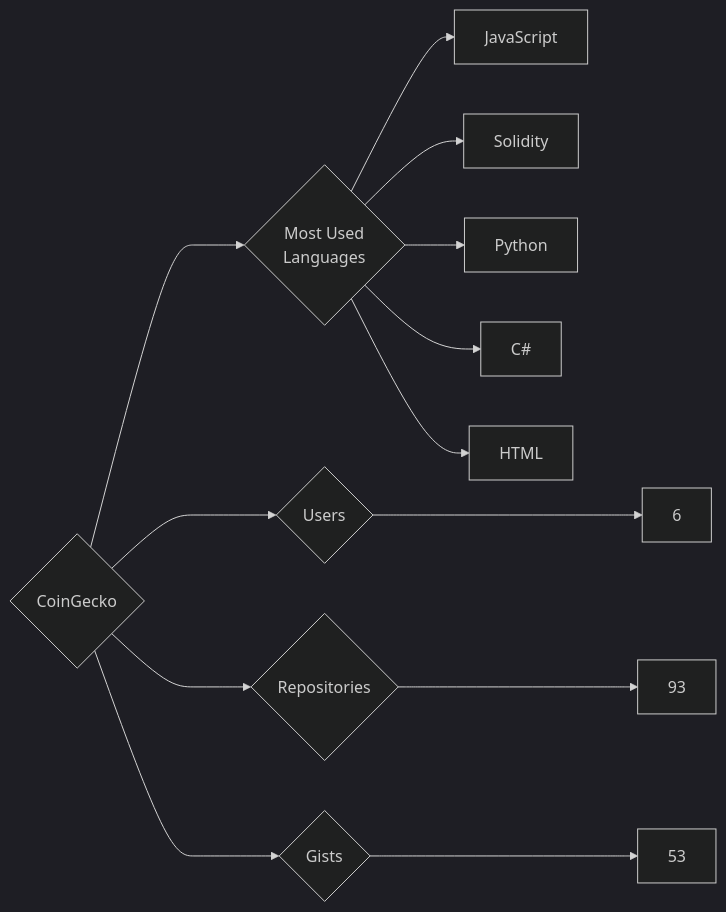
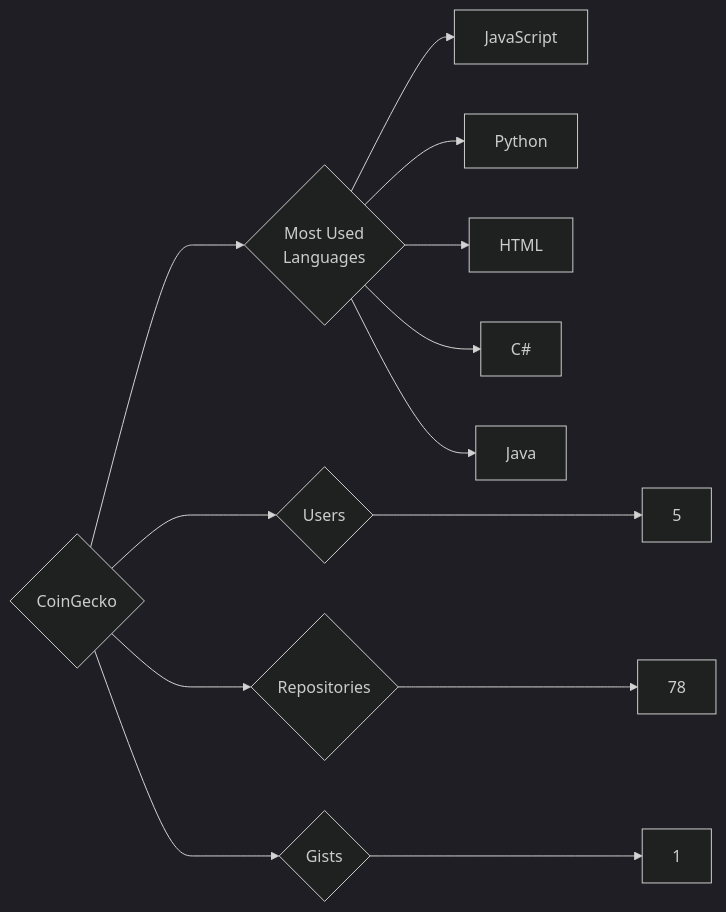
The diagram in targets/CoinGecko/README.md (trickest/insiders), drawn with Mermaid (dark theme) before and after one commit. The commit also changed 865 other files, not shown here.

````diff
--- a/targets/CoinGecko/README.md
+++ b/targets/CoinGecko/README.md
@@ -3,13 +3,13 @@
 ```mermaid
 graph LR
 COMPANY_NAME{CoinGecko}
-COMPANY_NAME ---> U{Users} ---> UN[6]
-COMPANY_NAME ---> R{Repositories} ---> RN[93]
-COMPANY_NAME ---> G{Gists} ---> GN[53]
+COMPANY_NAME ---> U{Users} ---> UN[5]
+COMPANY_NAME ---> R{Repositories} ---> RN[78]
+COMPANY_NAME ---> G{Gists} ---> GN[1]
 COMPANY_NAME ---> ML{Most Used<br>Languages}
 ML --> JavaScript[JavaScript]
-ML --> Solidity[Solidity]
 ML --> Python[Python]
+ML --> HTML[HTML]
 ML --> C#[C#]
-ML --> HTML[HTML]
+ML --> Java[Java]
 ```
````
